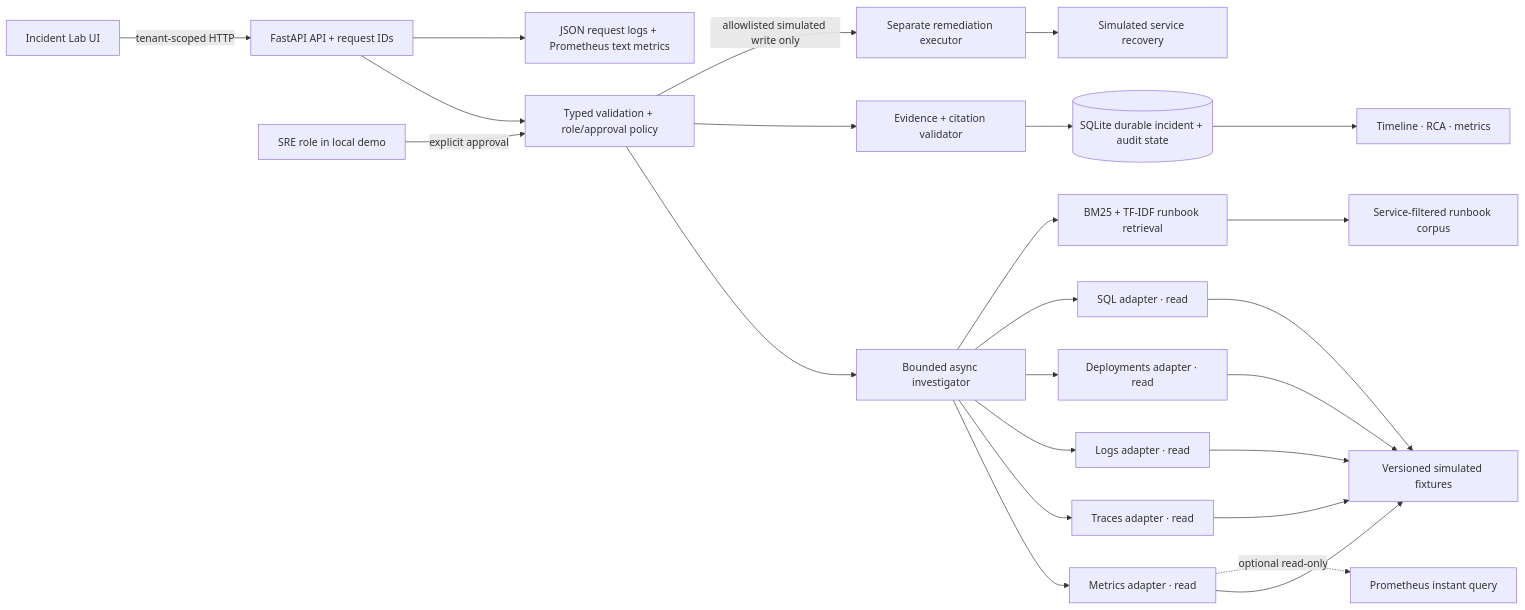
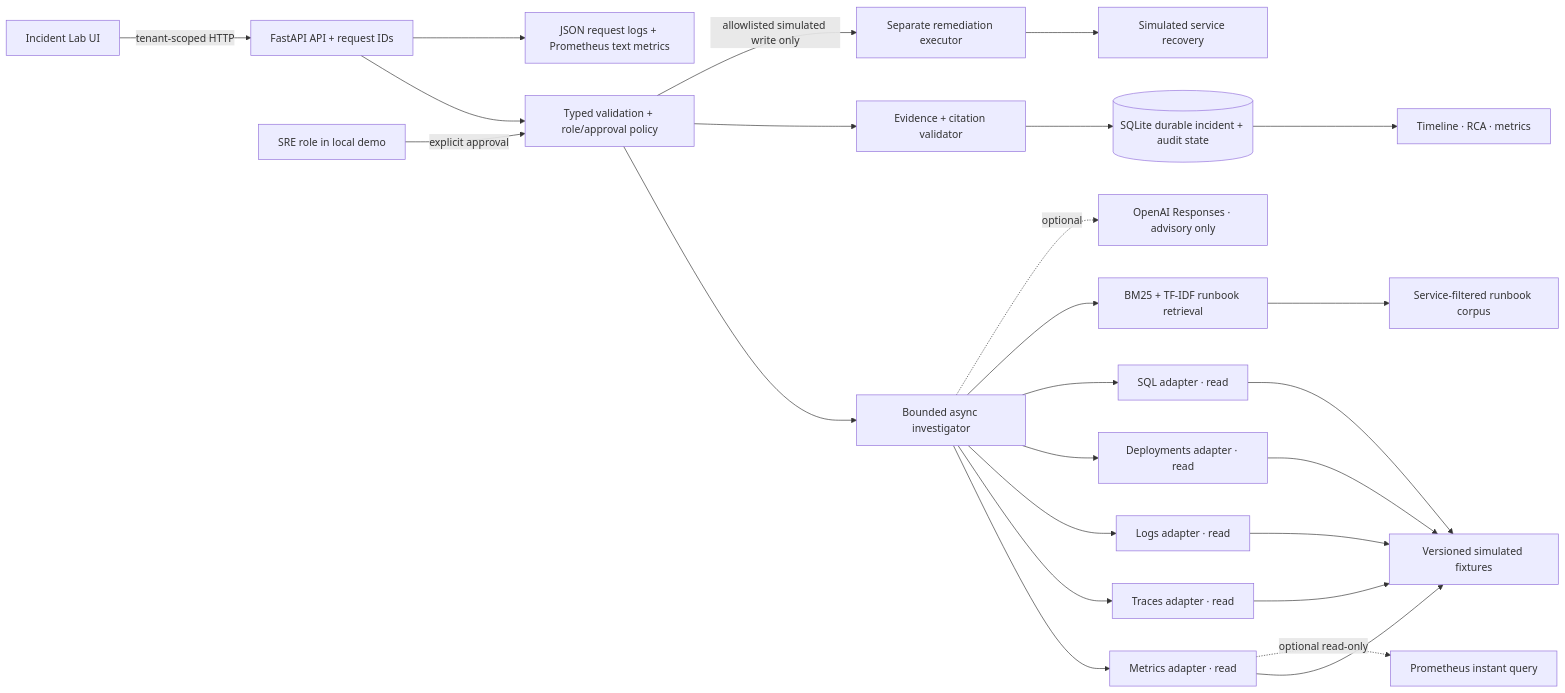
Before and after one commit to Jithendra-coder/sentinelgraph-incident-lab: the diagram in docs/architecture.md, drawn with Mermaid. The commit also changed other lines of this file and 20 other files, not shown here.

Commit message:
Add optional OpenAI advisory analysis

````diff
--- a/docs/architecture.md
+++ b/docs/architecture.md
@@ -3,26 +3,27 @@
 ```mermaid
 flowchart LR
   Browser[Incident Lab UI] -->|tenant-scoped HTTP| API[FastAPI API + request IDs]
   API --> Policy[Typed validation + role/approval policy]
   Policy --> Orchestrator[Bounded async investigator]
   Orchestrator --> Metrics[Metrics adapter · read]
   Orchestrator --> Traces[Traces adapter · read]
   Orchestrator --> Logs[Logs adapter · read]
   Orchestrator --> Deployments[Deployments adapter · read]
   Orchestrator --> SQL[SQL adapter · read]
   Orchestrator --> Retrieval[BM25 + TF-IDF runbook retrieval]
   Metrics --> Fixtures[Versioned simulated fixtures]
   Metrics -. optional read-only .-> Prometheus[Prometheus instant query]
+  Orchestrator -. optional .-> OpenAI[OpenAI Responses · advisory only]
   Traces --> Fixtures
   Logs --> Fixtures
   Deployments --> Fixtures
   SQL --> Fixtures
   Retrieval --> Runbooks[Service-filtered runbook corpus]
   Policy --> Evidence[Evidence + citation validator]
   Evidence --> State[(SQLite durable incident + audit state)]
   State --> UIResult[Timeline · RCA · metrics]
   SRE[SRE role in local demo] -->|explicit approval| Policy
   Policy -->|allowlisted simulated write only| Executor[Separate remediation executor]
   Executor --> Simulator[Simulated service recovery]
   API --> Telemetry[JSON request logs + Prometheus text metrics]
 ```
````
